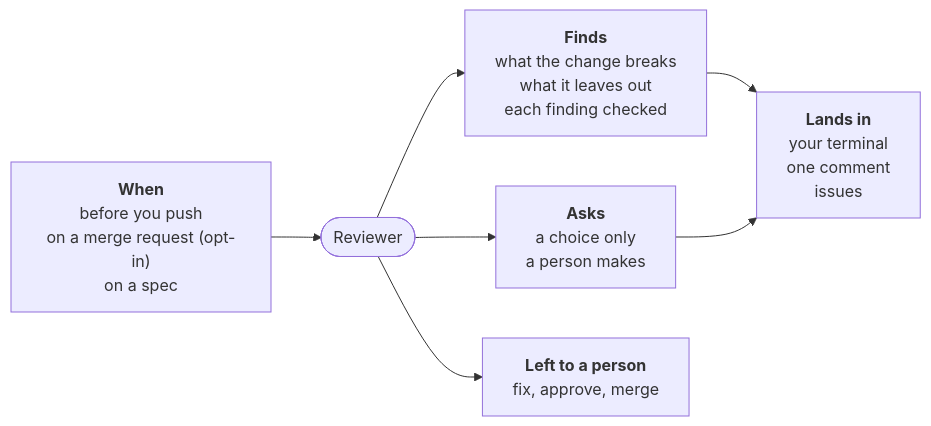
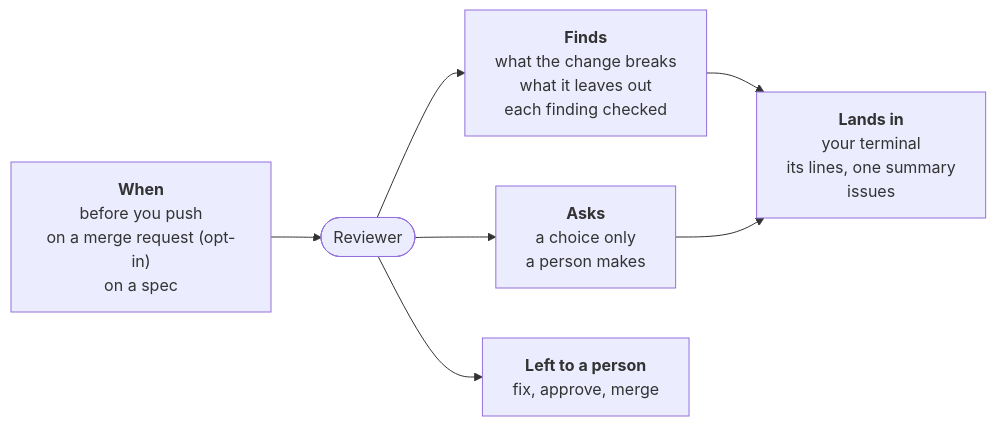
The diagram in roles/reviewer/README.md (JN0V/workline), drawn with Mermaid before and after one commit. The commit also changed other lines of this file and 59 other files, not shown here.

Commit message:
feat(reviewer): each finding a comment on its line (#316)

````diff
--- a/roles/reviewer/README.md
+++ b/roles/reviewer/README.md
@@ -8,13 +8,13 @@
 ```mermaid
 flowchart LR
   when["<b>When</b><br/>before you push<br/>on a merge request (opt-in)<br/>on a spec"]
   role(["Reviewer"])
   finds["<b>Finds</b><br/>what the change breaks<br/>what it leaves out<br/>each finding checked"]
   asks["<b>Asks</b><br/>a choice only<br/>a person makes"]
   person["<b>Left to a person</b><br/>fix, approve, merge"]
-  out["<b>Lands in</b><br/>your terminal<br/>one comment<br/>issues"]
+  out["<b>Lands in</b><br/>your terminal<br/>its lines, one summary<br/>issues"]
   when --> role
   role --> finds --> out
   role --> asks --> out
   role --> person
 ```
````
